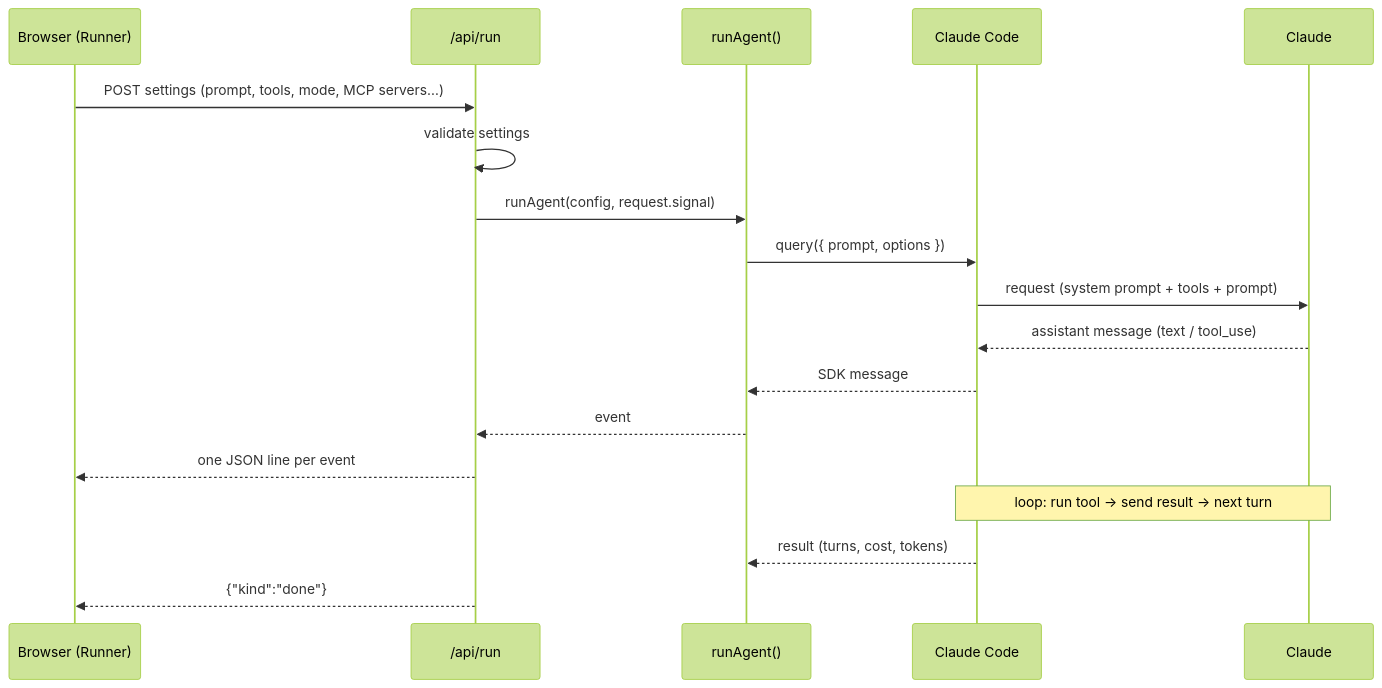
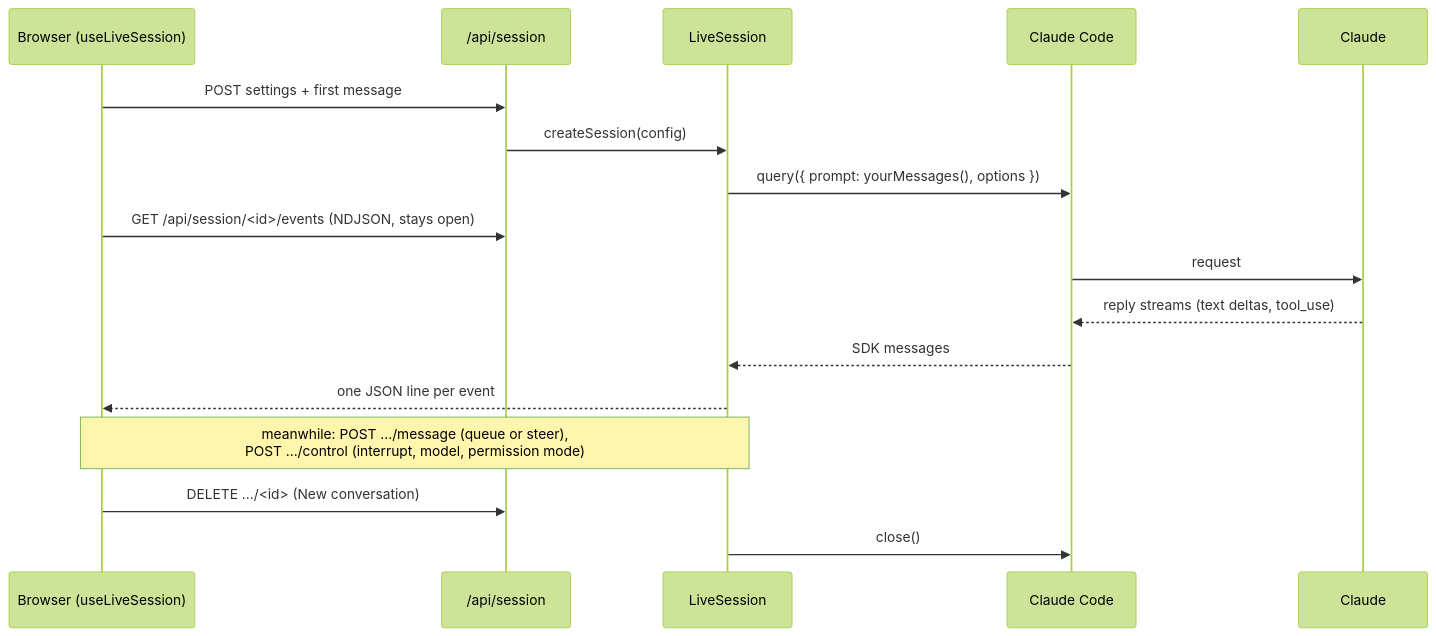
The second of 3 diagrams in docs/HOW-IT-WORKS.md (JohnCarl-30/claude-code-playground), drawn with Mermaid (forest theme) before and after one commit. The commit also changed other lines of this file and 21 other files, not shown here.

````diff
--- a/docs/HOW-IT-WORKS.md
+++ b/docs/HOW-IT-WORKS.md
@@ -69,21 +71,20 @@
 ```mermaid
 sequenceDiagram
-    participant B as Browser (Runner)
-    participant R as /api/run
-    participant A as runAgent()
+    participant B as Browser (useLiveSession)
+    participant S as /api/session
+    participant L as LiveSession
     participant C as Claude Code
     participant M as Claude
 
-    B->>R: POST settings (prompt, tools, mode, MCP servers…)
-    R->>R: validate settings
-    R->>A: runAgent(config, request.signal)
-    A->>C: query({ prompt, options })
-    C->>M: request (system prompt + tools + prompt)
-    M-->>C: assistant message (text / tool_use)
-    C-->>A: SDK message
-    A-->>R: event
-    R-->>B: one JSON line per event
-    Note over C,M: loop: run tool → send result → next turn
-    C-->>A: result (turns, cost, tokens)
-    R-->>B: {"kind":"done"}
+    B->>S: POST settings + first message
+    S->>L: createSession(config)
+    L->>C: query({ prompt: yourMessages(), options })
+    B->>S: GET /api/session/<id>/events (NDJSON, stays open)
+    C->>M: request
+    M-->>C: reply streams (text deltas, tool_use)
+    C-->>L: SDK messages
+    L-->>B: one JSON line per event
+    Note over B,L: meanwhile: POST .../message (queue or steer),<br/>POST .../control (interrupt, model, permission mode)
+    B->>S: DELETE .../<id> (New conversation)
+    L->>C: close()
 ```
````
